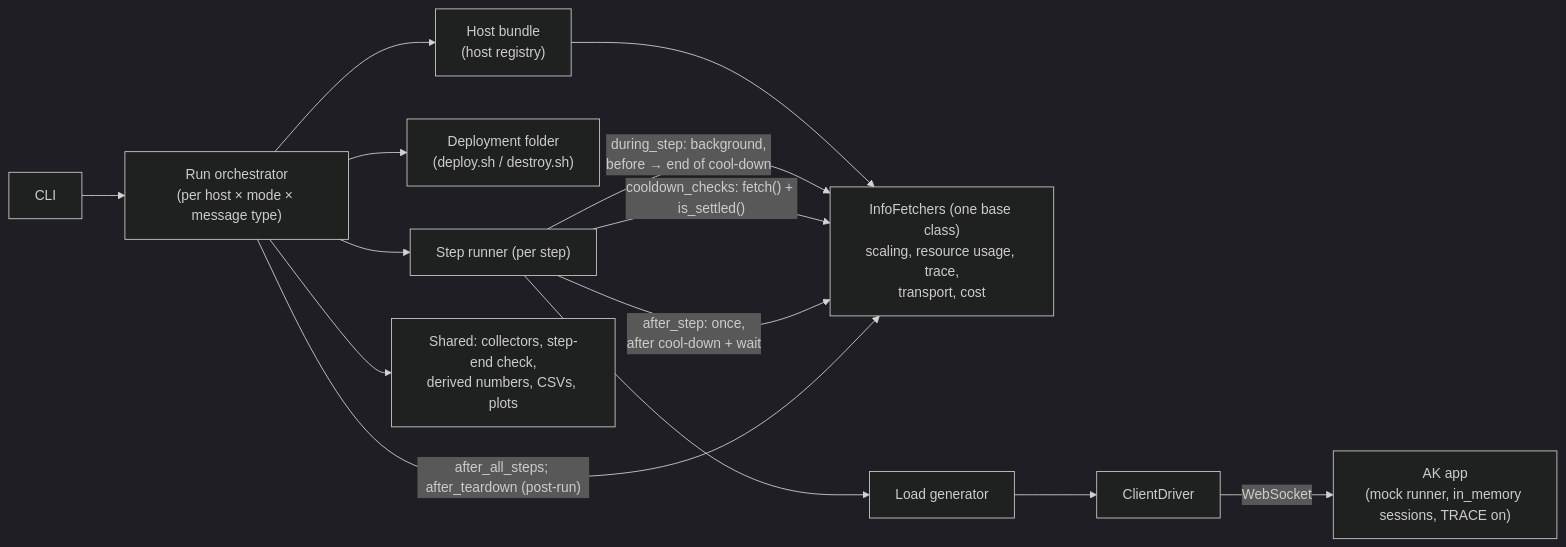
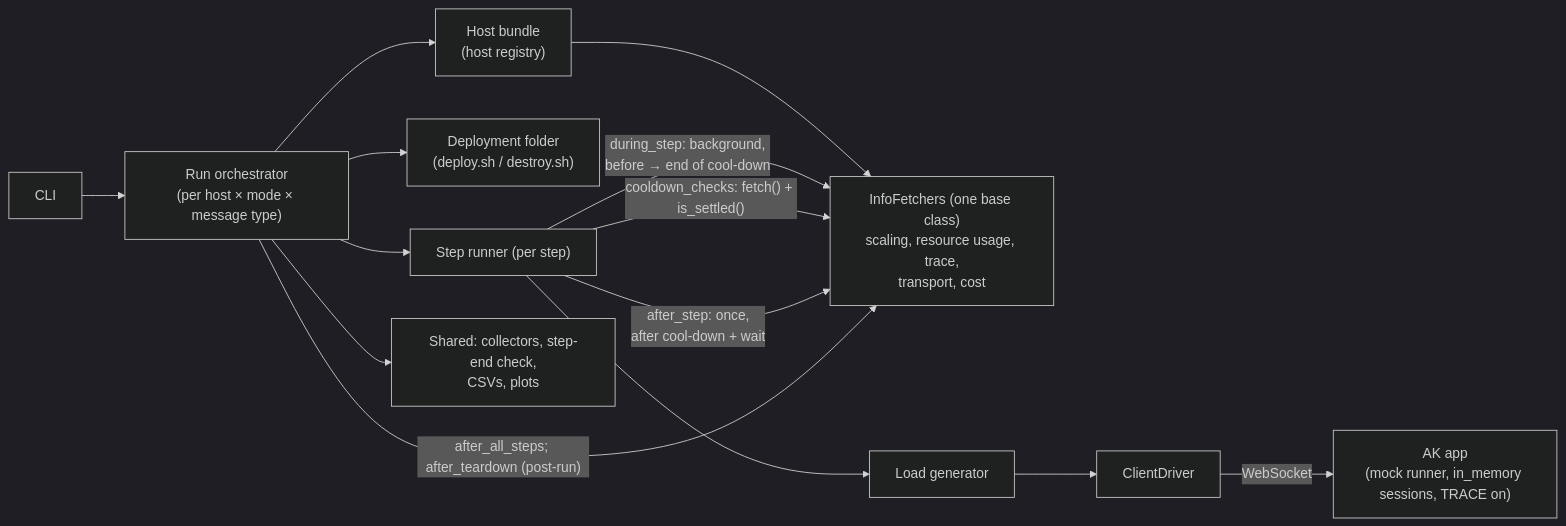
One commit to yaalalabs/agent-kernel changed the first of 2 diagrams in docs/specs/786-benchmark-system/design.md. Above: the diagram before and after it, drawn with Mermaid (dark theme). The commit also changed other lines of this file and 18 other files, not shown here.

Commit message:
folder structure and graph plotting changes

````diff
--- a/docs/specs/786-benchmark-system/design.md
+++ b/docs/specs/786-benchmark-system/design.md
@@ -457,16 +456,16 @@
 ```mermaid
 graph LR
     CLI["CLI"] --> ORCH["Run orchestrator<br/>(per host × mode × message type)"]
     ORCH --> HOST["Host bundle<br/>(host registry)"]
     ORCH --> DEP["Deployment folder<br/>(deploy.sh / destroy.sh)"]
     HOST --> IF["InfoFetchers (one base class)<br/>scaling, resource usage, trace,<br/>transport, cost"]
     ORCH --> SR["Step runner (per step)"]
     SR -->|"during_step: background,<br/>before → end of cool-down"| IF
     SR -->|"cooldown_checks: fetch() + is_settled()"| IF
     SR -->|"after_step: once,<br/>after cool-down + wait"| IF
     ORCH -->|"after_all_steps; after_teardown (post-run)"| IF
     SR --> LG["Load generator"]
     LG --> DRV["ClientDriver"]
     DRV -->|WebSocket| AK["AK app<br/>(mock runner, in_memory sessions, TRACE on)"]
-    ORCH --> SHARED["Shared: collectors, step-end check,<br/>derived numbers, CSVs, plots"]
+    ORCH --> SHARED["Shared: collectors, step-end check,<br/>CSVs, plots"]
 ```
````
